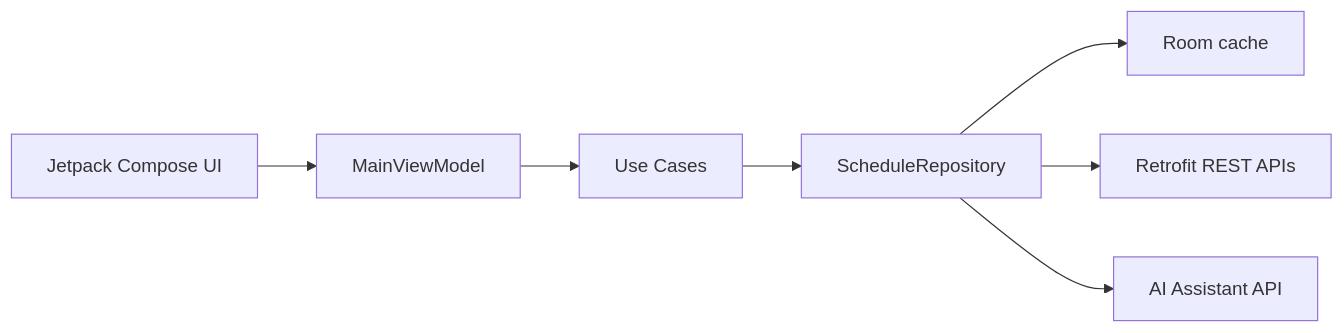
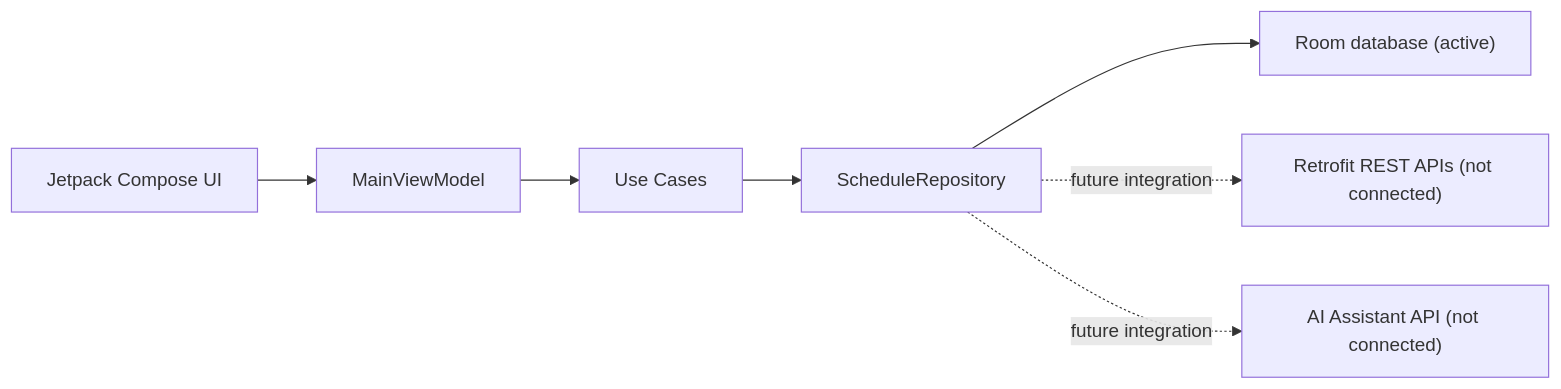
Before and after one commit to Amartya2001-droid/ShiftSync: the diagram in README.md, drawn with Mermaid. The commit also changed other lines of this file and 13 other files, not shown here.

````diff
--- a/README.md
+++ b/README.md
@@ -15,9 +16,9 @@
 ```mermaid
 flowchart LR
     UI["Jetpack Compose UI"] --> VM["MainViewModel"]
     VM --> UC["Use Cases"]
     UC --> REPO["ScheduleRepository"]
-    REPO --> ROOM["Room cache"]
-    REPO --> API["Retrofit REST APIs"]
-    REPO --> AI["AI Assistant API"]
+    REPO --> ROOM["Room database (active)"]
+    REPO -. "future integration" .-> API["Retrofit REST APIs (not connected)"]
+    REPO -. "future integration" .-> AI["AI Assistant API (not connected)"]
 ```
````
